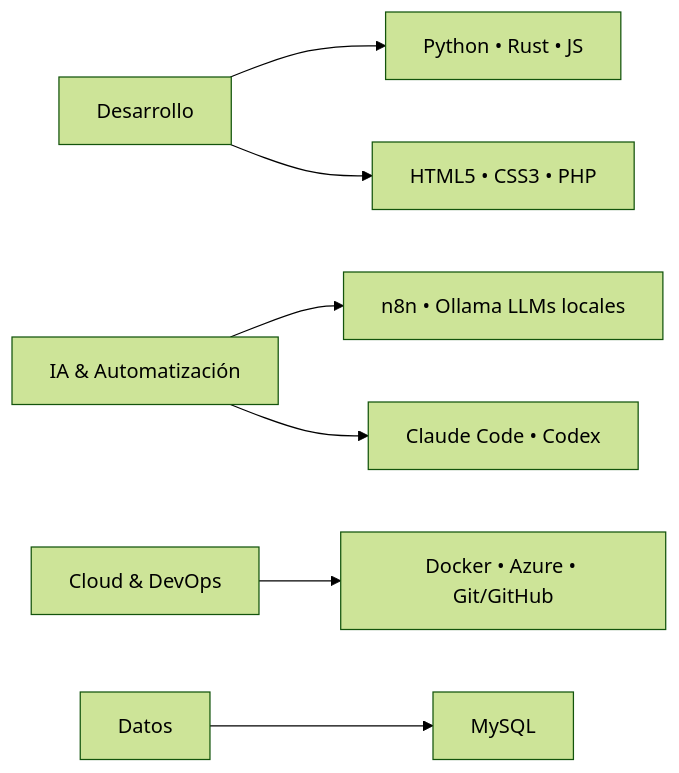
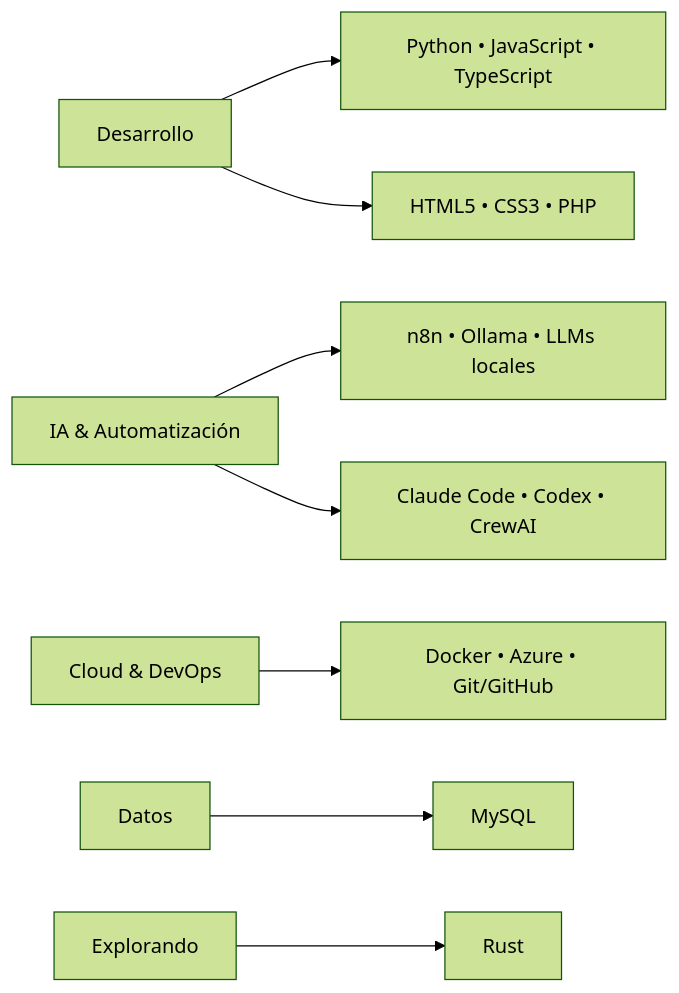
One commit to Soysamdval/Soysamdval changed the diagram in README.md. Above: the diagram before and after it, drawn with Mermaid (forest theme). The commit also changed other lines of this file, not shown here.

````diff
--- a/README.md
+++ b/README.md
@@ -29,9 +28,10 @@
 ```mermaid
 graph LR
-    A[Desarrollo] --> B[Python • Rust • JS]
-    A --> C[HTML5 • CSS3 • PHP]
-    D[IA & Automatización] --> E[n8n • Ollama LLMs locales]
-    D --> F[Claude Code • Codex]
-    G[Cloud & DevOps] --> H[Docker • Azure • Git/GitHub]
-    I[Datos] --> J[MySQL]
+A[Desarrollo] --> B[Python • JavaScript • TypeScript]
+A --> C[HTML5 • CSS3 • PHP]
+D[IA & Automatización] --> E[n8n • Ollama • LLMs locales]
+D --> F[Claude Code • Codex • CrewAI]
+G[Cloud & DevOps] --> H[Docker • Azure • Git/GitHub]
+I[Datos] --> J[MySQL]
+K[Explorando] --> L[Rust]
 ```
````
